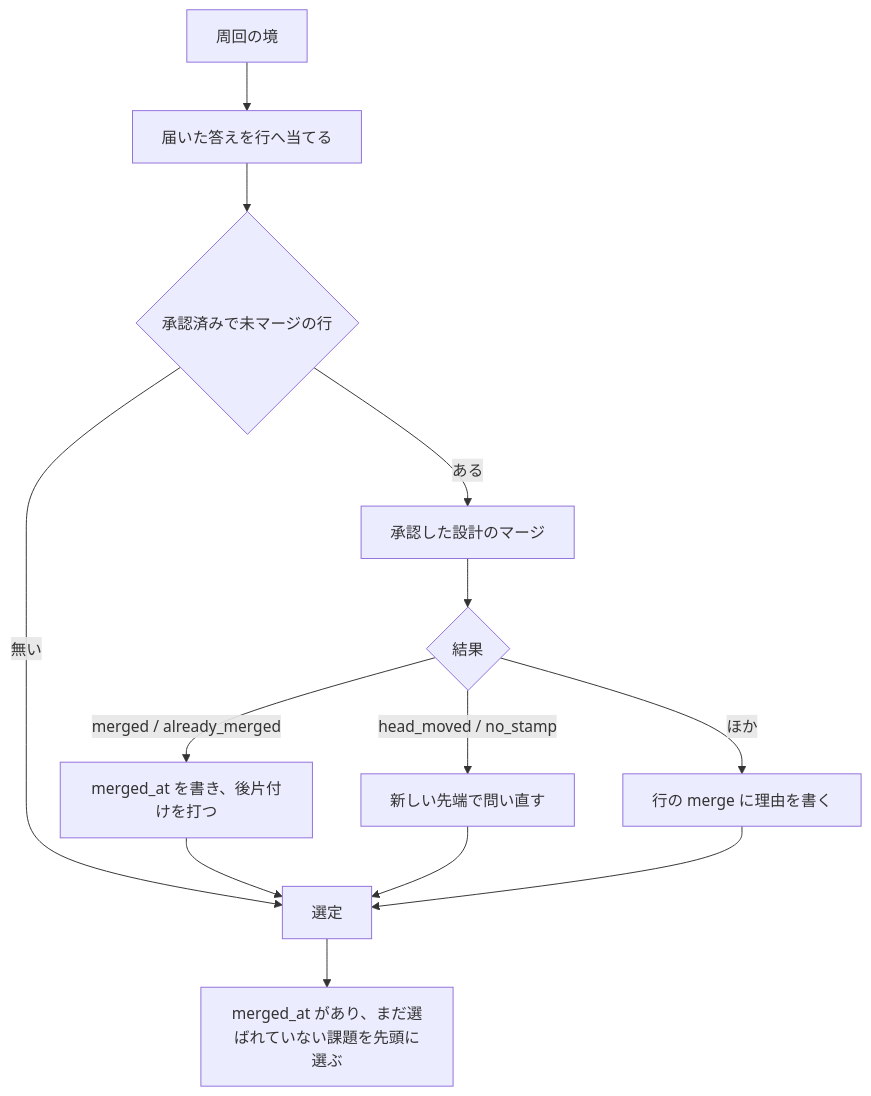
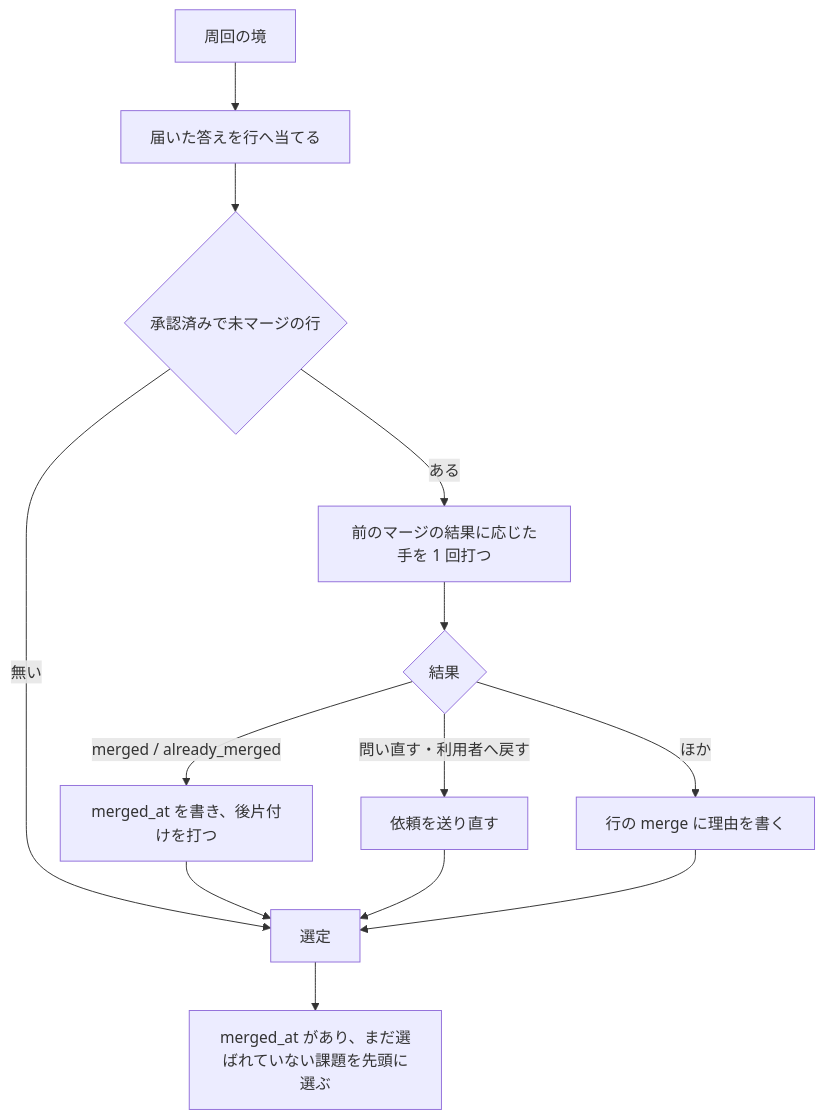
One commit to devbasex/ai-plugins changed the third of 3 diagrams in issues/issue-2507-design.md. Above: the diagram before and after it, drawn with Mermaid. The commit also changed other lines of this file, not shown here.

````diff
--- a/issues/issue-2507-design.md
+++ b/issues/issue-2507-design.md
@@ -257,15 +266,15 @@
 ```mermaid
 graph TD
     S[周回の境] --> P[届いた答えを行へ当てる]
     P --> Q{承認済みで未マージの行}
     Q -->|無い| X[選定]
-    Q -->|ある| M[承認した設計のマージ]
-    M --> R{結果}
+    Q -->|ある| H[前のマージの結果に応じた手を 1 回打つ]
+    H --> R{結果}
     R -->|merged / already_merged| C[merged_at を書き、後片付けを打つ]
-    R -->|head_moved / no_stamp| N[新しい先端で問い直す]
+    R -->|問い直す・利用者へ戻す| N[依頼を送り直す]
     R -->|ほか| K[行の merge に理由を書く]
     C --> X
     N --> X
     K --> X
     X --> F[merged_at があり、まだ選ばれていない課題を先頭に選ぶ]
 ```
````
